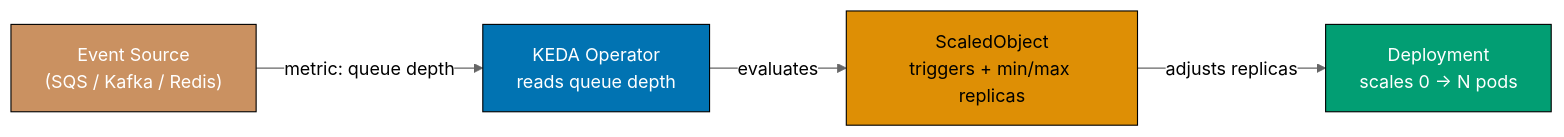
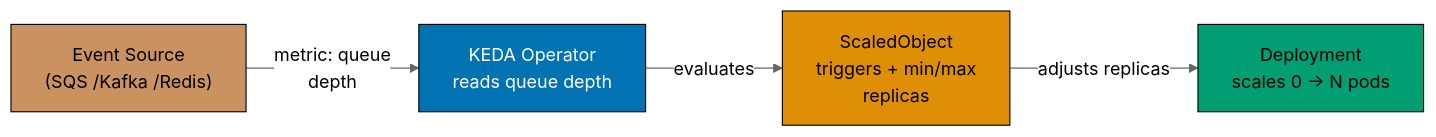
One commit to wahidyankf/ose-public changed the seventh of 12 diagrams in apps/ayokoding-www/content/en/learn/legacy/software-engineering/infrastructure/tools/k3s/by-example/advanced.md. Above: the diagram before and after it, drawn with Mermaid (neutral theme). The commit also changed other lines of this file and 131 other files, not shown here.

First line of the commit message:
fix(mermaid): bring the legacy data, infrastructure, and testing diagrams onto the accessible palette

````diff
--- a/apps/ayokoding-www/content/en/learn/legacy/software-engineering/infrastructure/tools/k3s/by-example/advanced.md
+++ b/apps/ayokoding-www/content/en/learn/legacy/software-engineering/infrastructure/tools/k3s/by-example/advanced.md
@@ -1516,17 +1560,24 @@
 ```mermaid
 %% Color Palette: Blue #0173B2, Orange #DE8F05, Teal #029E73, Purple #CC78BC, Brown #CA9161
 graph LR
-    SRC["Event Source<br/>(SQS / Kafka / Redis)"]
+    accTitle: Example 74: KEDA — Event-Driven Autoscaling
+    accDescr: Graph with 4 nodes and 3 connections. Nodes: Event Source (SQS /Kafka /Redis), KEDA Operator reads queue depth, ScaledObject triggers + min/max replicas, Deployment scales 0 → N pods. Connections: Event Source (SQS /Kafka /Redis) to KEDA Operator reads queue depth (metric: queue depth), KEDA Operator reads queue depth to ScaledObject triggers + min/max replicas (evaluates), ScaledObject triggers + min/max replicas to Deployment scales 0 → N pods (adjusts replicas).
+    SRC["Event Source<br/>(SQS /Kafka /Redis)"]
     KEDA["KEDA Operator<br/>reads queue depth"]
-    SO["ScaledObject<br/>triggers + min/max replicas"]
+    SO["ScaledObject<br/>triggers + min/max<br/>replicas"]
     DEPLOY["Deployment<br/>scales 0 → N pods"]
 
-    SRC -->|"metric: queue depth"| KEDA
+    SRC -->|"metric: queue<br/>depth"| KEDA
     KEDA -->|"evaluates"| SO
     SO -->|"adjusts replicas"| DEPLOY
 
-    style SRC fill:#CA9161,stroke:#000,color:#fff
-    style KEDA fill:#0173B2,stroke:#000,color:#fff
-    style SO fill:#DE8F05,stroke:#000,color:#000
-    style DEPLOY fill:#029E73,stroke:#000,color:#fff
+    classDef pal-CA9161 fill:#CA9161,stroke:#000000,color:#000000
+    class SRC pal-CA9161
+    classDef pal-0173B2 fill:#0173B2,stroke:#000000,color:#FFFFFF
+    class KEDA pal-0173B2
+    classDef pal-DE8F05 fill:#DE8F05,stroke:#000000,color:#000000
+    class SO pal-DE8F05
+    classDef pal-029E73 fill:#029E73,stroke:#000000,color:#000000
+    class DEPLOY pal-029E73
+    classDef default fill:#FFFFFF,stroke:#000000,color:#000000
 ```
````
